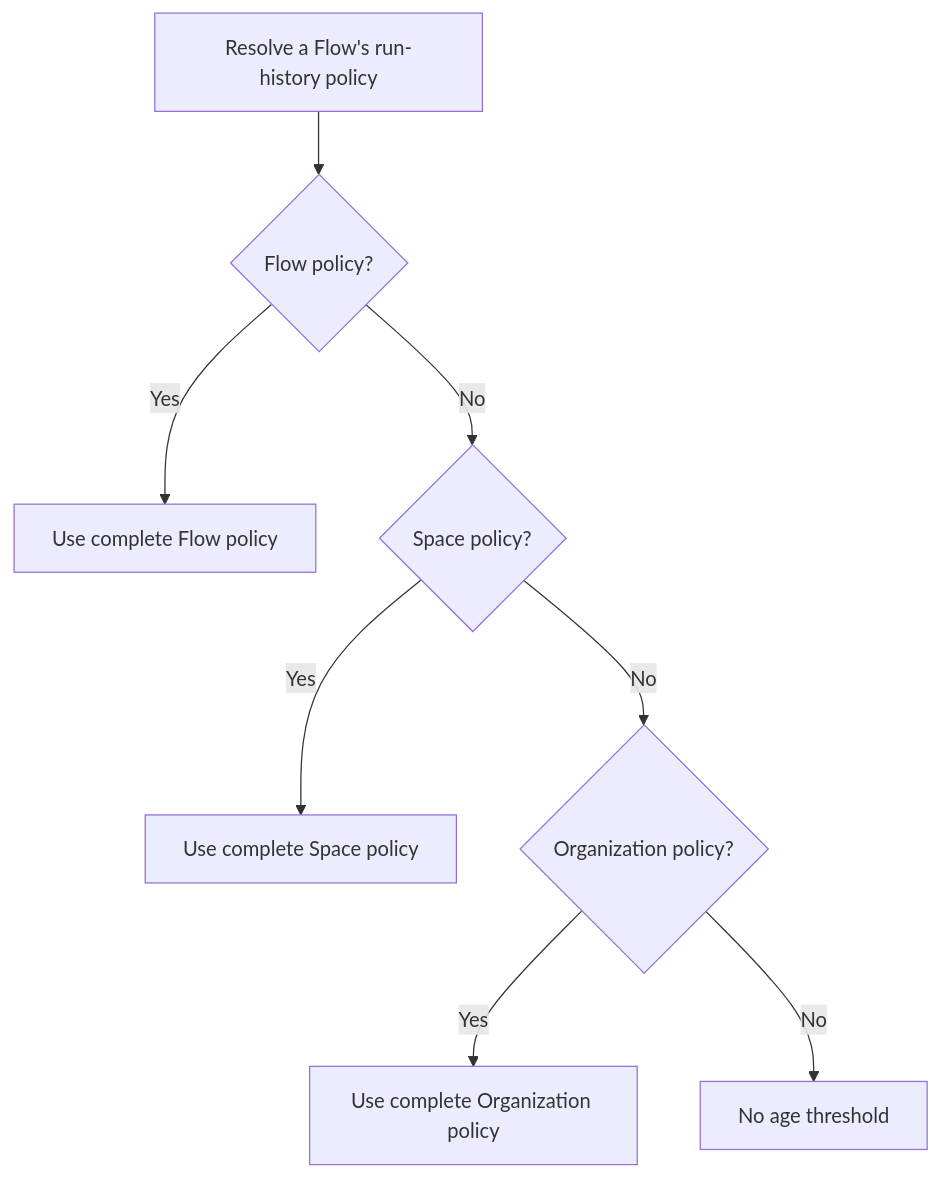
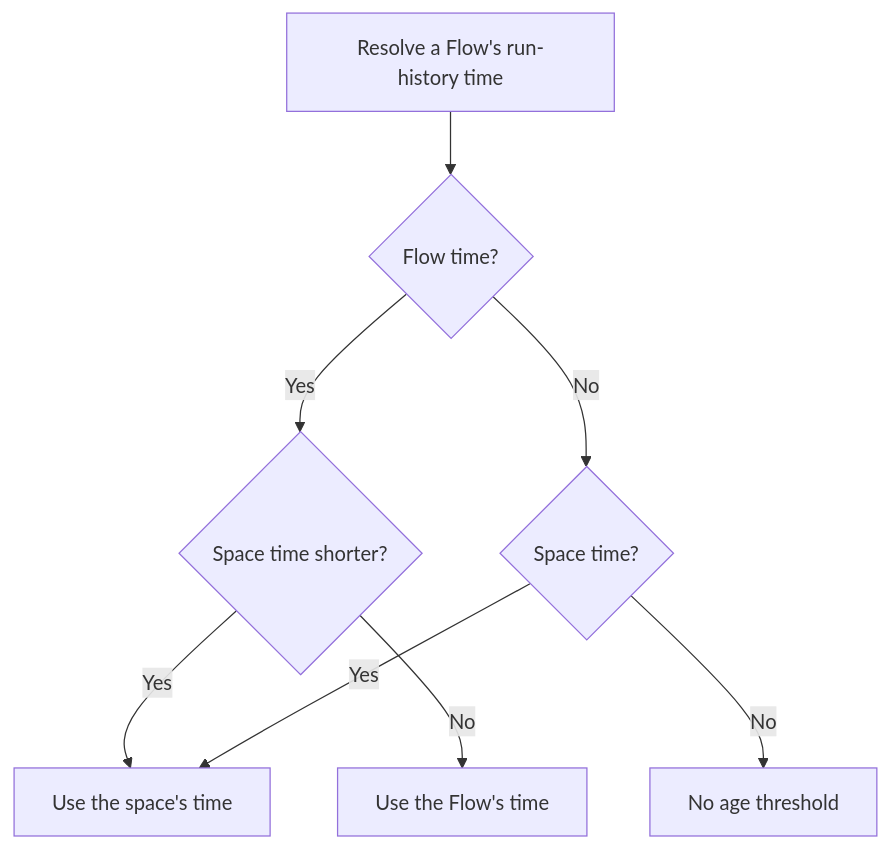
Before and after one commit to eneo-ai/eneo: the diagram in frontend/apps/docs-site/src/content/guides/flows/retention-policy.mdx, drawn with Mermaid. The commit also changed other lines of this file and 21 other files, not shown here.

First line of the commit message:
docs(flows): run history follows the space's time

````diff
--- a/frontend/apps/docs-site/src/content/guides/flows/retention-policy.mdx
+++ b/frontend/apps/docs-site/src/content/guides/flows/retention-policy.mdx
@@ -25,10 +25,10 @@
 ```mermaid
 flowchart TD
-  A[Resolve a Flow's run-history policy] --> B{Flow policy?}
-  B -->|Yes| C[Use complete Flow policy]
-  B -->|No| D{Space policy?}
-  D -->|Yes| E[Use complete Space policy]
-  D -->|No| F{Organization policy?}
-  F -->|Yes| G[Use complete Organization policy]
-  F -->|No| H[No age threshold]
+  A[Resolve a Flow's run-history time] --> B{Flow time?}
+  B -->|Yes| C{Space time shorter?}
+  C -->|Yes| D[Use the space's time]
+  C -->|No| E[Use the Flow's time]
+  B -->|No| F{Space time?}
+  F -->|Yes| D
+  F -->|No| G[No age threshold]
 ```
````
